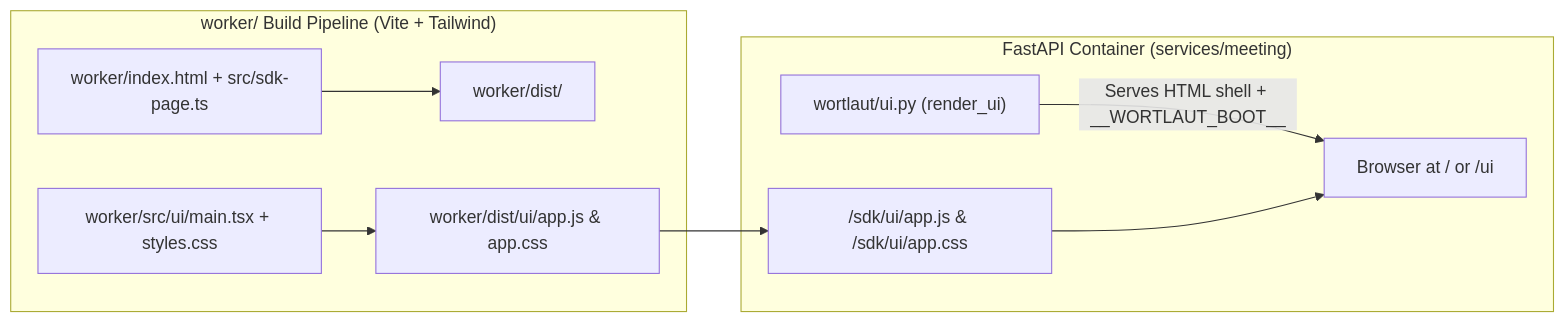
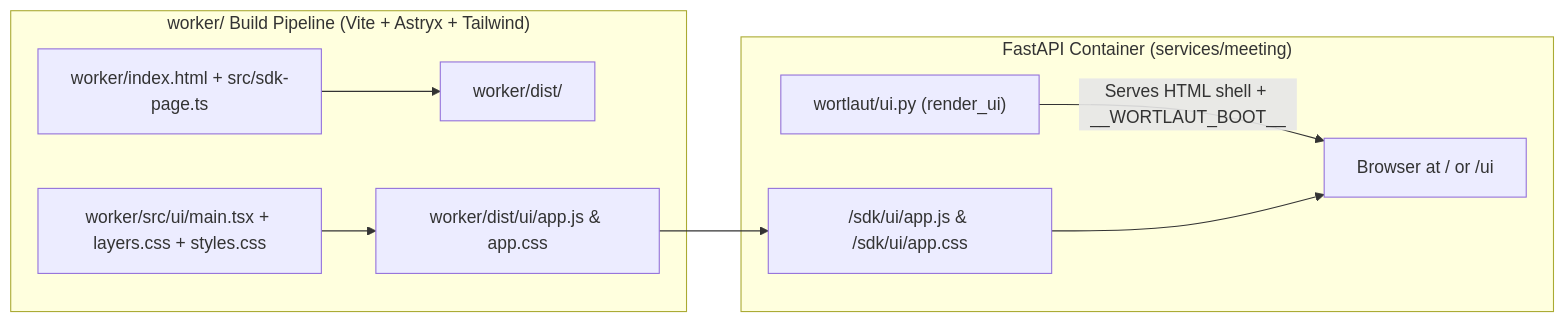
One commit to mayflower/wortlaut changed the second of 2 diagrams in docs/designs/persona-ui-redesign.md. Above: the diagram before and after it, drawn with Mermaid. The commit also changed other lines of this file and 10 other files, not shown here.

````diff
--- a/docs/designs/persona-ui-redesign.md
+++ b/docs/designs/persona-ui-redesign.md
@@ -183,13 +182,13 @@
 ```mermaid
 flowchart LR
-    subgraph Build["worker/ Build Pipeline (Vite + Tailwind)"]
+    subgraph Build["worker/ Build Pipeline (Vite + Astryx + Tailwind)"]
         SDKEntry["worker/index.html + src/sdk-page.ts"] --> SDKDist["worker/dist/"]
-        UIEntry["worker/src/ui/main.tsx + styles.css"] --> UIDist["worker/dist/ui/app.js & app.css"]
+        UIEntry["worker/src/ui/main.tsx + layers.css + styles.css"] --> UIDist["worker/dist/ui/app.js & app.css"]
     end
 
     subgraph Runtime["FastAPI Container (services/meeting)"]
         UIDist --> StaticMount["/sdk/ui/app.js & /sdk/ui/app.css"]
         UIPy["wortlaut/ui.py (render_ui)"] -->|"Serves HTML shell + __WORTLAUT_BOOT__"| Browser["Browser at / or /ui"]
         StaticMount --> Browser
     end
 ```
````
